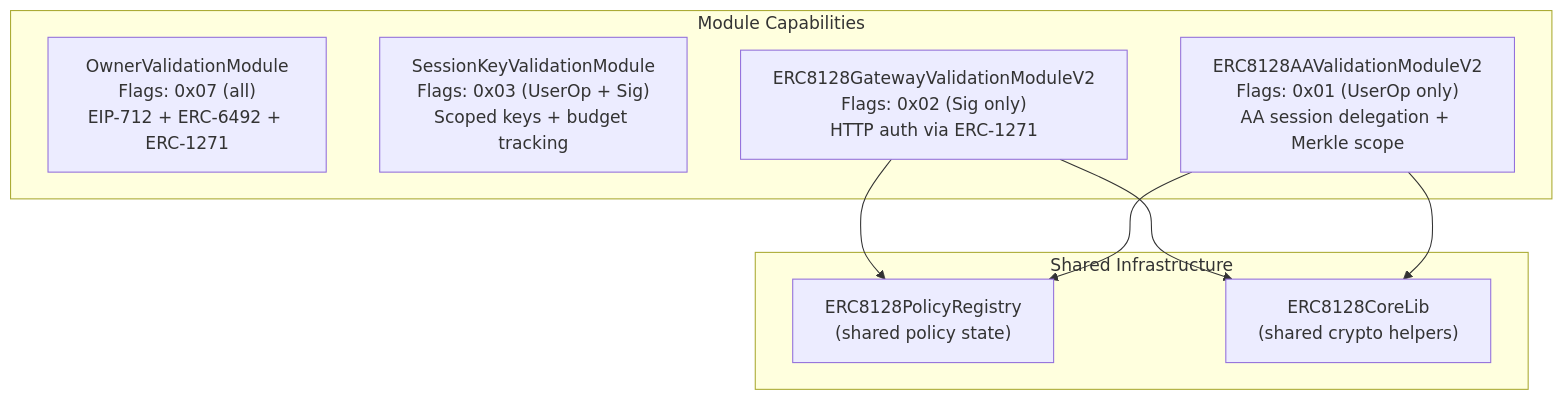
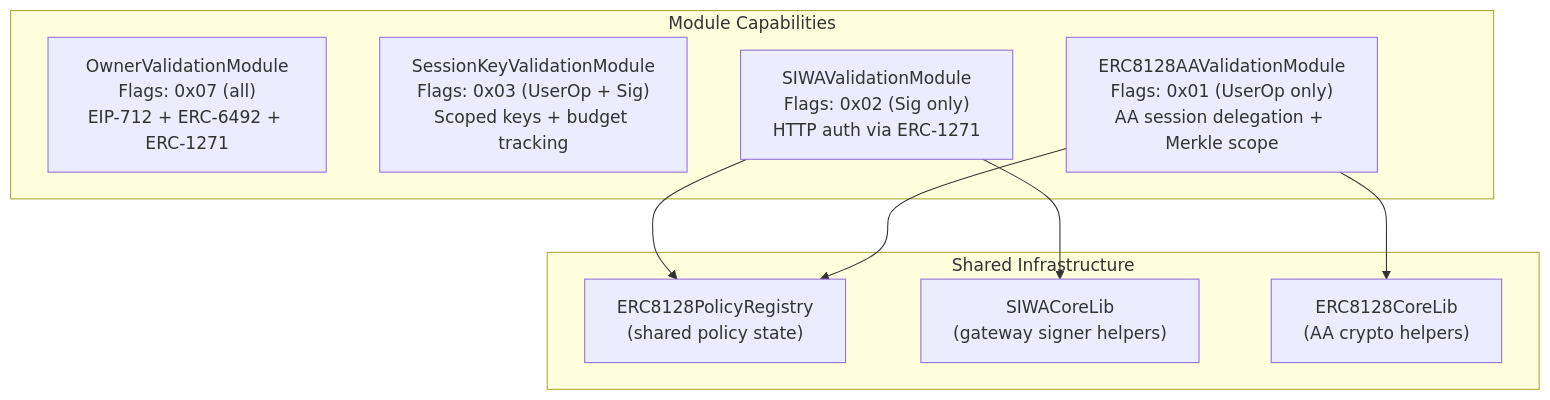
Before and after one commit to EqualFiLabs/agent-wallet-core: diagram 12 of 32 in docs/Agent-Wallet-Core-Architecture.md, drawn with Mermaid. The commit also changed other lines of this file and 16 other files, not shown here.

````diff
--- a/docs/Agent-Wallet-Core-Architecture.md
+++ b/docs/Agent-Wallet-Core-Architecture.md
@@ -573,19 +577,20 @@
 ```mermaid
 graph TB
     subgraph "Module Capabilities"
         Owner["OwnerValidationModule<br/>Flags: 0x07 (all)<br/>EIP-712 + ERC-6492 + ERC-1271"]
         Session["SessionKeyValidationModule<br/>Flags: 0x03 (UserOp + Sig)<br/>Scoped keys + budget tracking"]
-        Gateway["ERC8128GatewayValidationModuleV2<br/>Flags: 0x02 (Sig only)<br/>HTTP auth via ERC-1271"]
-        AA["ERC8128AAValidationModuleV2<br/>Flags: 0x01 (UserOp only)<br/>AA session delegation + Merkle scope"]
+        Gateway["SIWAValidationModule<br/>Flags: 0x02 (Sig only)<br/>HTTP auth via ERC-1271"]
+        AA["ERC8128AAValidationModule<br/>Flags: 0x01 (UserOp only)<br/>AA session delegation + Merkle scope"]
     end
 
     subgraph "Shared Infrastructure"
         PolicyReg["ERC8128PolicyRegistry<br/>(shared policy state)"]
-        CoreLib["ERC8128CoreLib<br/>(shared crypto helpers)"]
+        SIWALib["SIWACoreLib<br/>(gateway signer helpers)"]
+        CoreLib["ERC8128CoreLib<br/>(AA crypto helpers)"]
     end
 
     Gateway --> PolicyReg
     AA --> PolicyReg
-    Gateway --> CoreLib
+    Gateway --> SIWALib
     AA --> CoreLib
 ```
````
